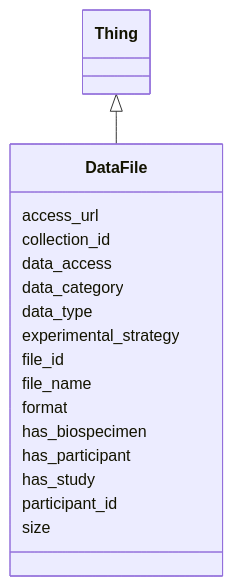
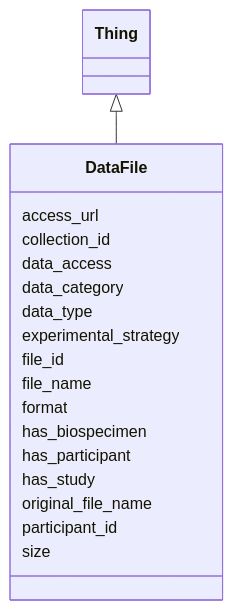
One commit to include-dcc/include-linkml changed the diagram in docs/DataFile.md. Above: the diagram before and after it, drawn with Mermaid. The commit also changed other lines of this file and 89 other files, not shown here.

Commit message:
schematic fixes

````diff
--- a/docs/DataFile.md
+++ b/docs/DataFile.md
@@ -13,21 +13,22 @@
 ```mermaid
  classDiagram
       Thing <|-- DataFile
       
       DataFile : access_url
       DataFile : collection_id
       DataFile : data_access
       DataFile : data_category
       DataFile : data_type
       DataFile : experimental_strategy
       DataFile : file_id
       DataFile : file_name
       DataFile : format
       DataFile : has_biospecimen
       DataFile : has_participant
       DataFile : has_study
+      DataFile : original_file_name
       DataFile : participant_id
       DataFile : size
       
 
 ```
````
